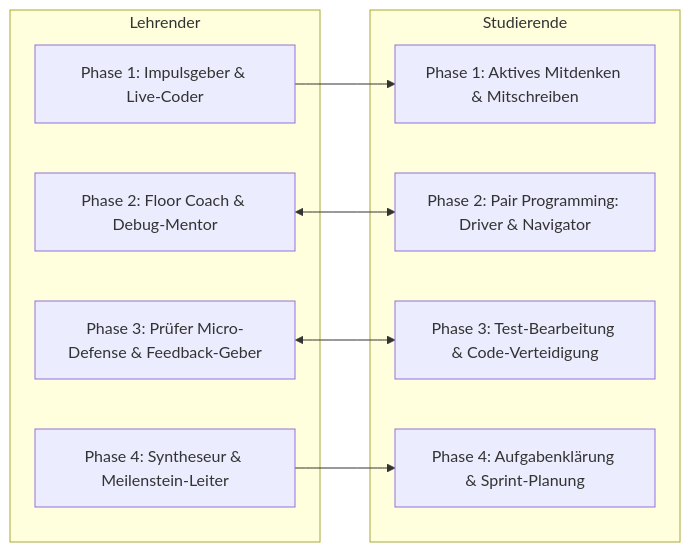
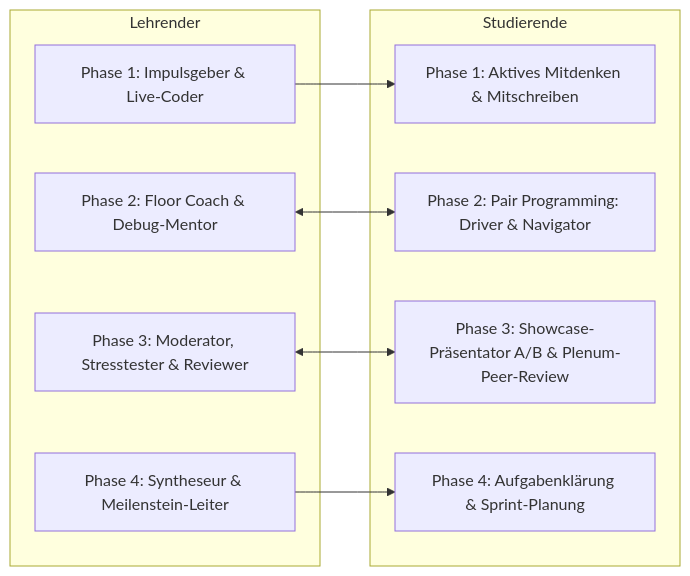
The third of 5 diagrams in Konzept/01_Lehrveranstaltungsstruktur_und_Syllabus.md (ghackenberg/kurs-computer-simulation), drawn with Mermaid before and after one commit. The commit also changed other lines of this file and 2 other files, not shown here.

Commit message:
feat(konzept): integrate weekly showcase presentations and peer-review questioning into grading

````diff
--- a/Konzept/01_Lehrveranstaltungsstruktur_und_Syllabus.md
+++ b/Konzept/01_Lehrveranstaltungsstruktur_und_Syllabus.md
@@ -584,19 +662,19 @@
 ```mermaid
 flowchart LR
     subgraph Lehrender
         L1[Phase 1: Impulsgeber & Live-Coder]
         L2[Phase 2: Floor Coach & Debug-Mentor]
-        L3[Phase 3: Prüfer Micro-Defense & Feedback-Geber]
+        L3[Phase 3: Moderator, Stresstester & Reviewer]
         L4[Phase 4: Syntheseur & Meilenstein-Leiter]
     end
     subgraph Studierende
         S1[Phase 1: Aktives Mitdenken & Mitschreiben]
         S2[Phase 2: Pair Programming: Driver & Navigator]
-        S3[Phase 3: Test-Bearbeitung & Code-Verteidigung]
+        S3[Phase 3: Showcase-Präsentator A/B & Plenum-Peer-Review]
         S4[Phase 4: Aufgabenklärung & Sprint-Planung]
     end
     L1 --> S1
     L2 <--> S2
     L3 <--> S3
     L4 --> S4
 ```
````
